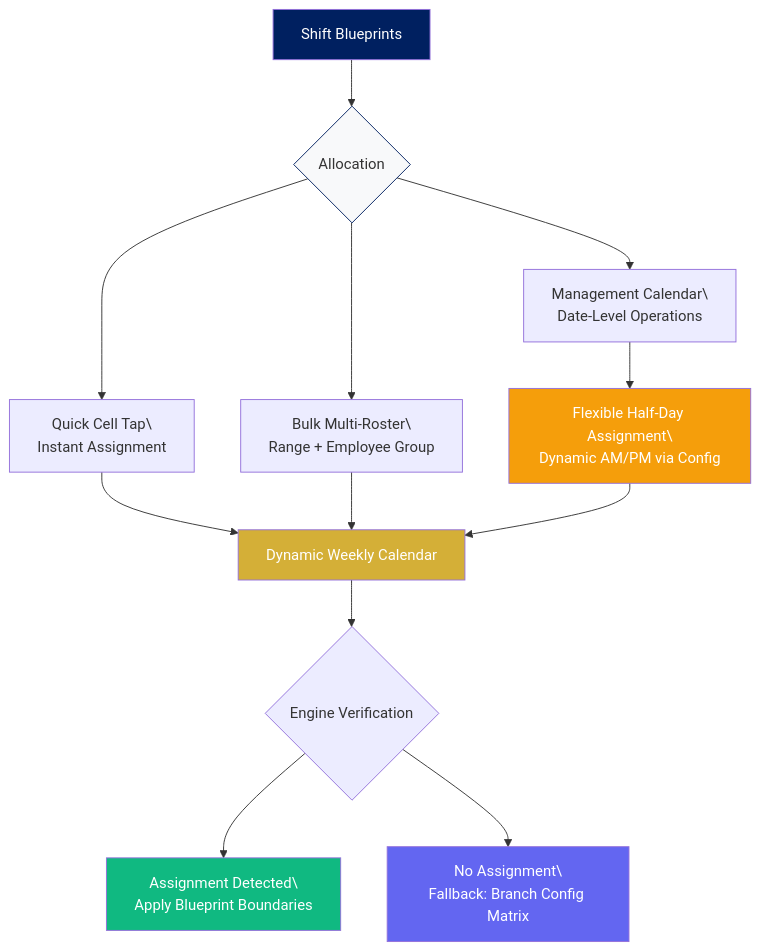
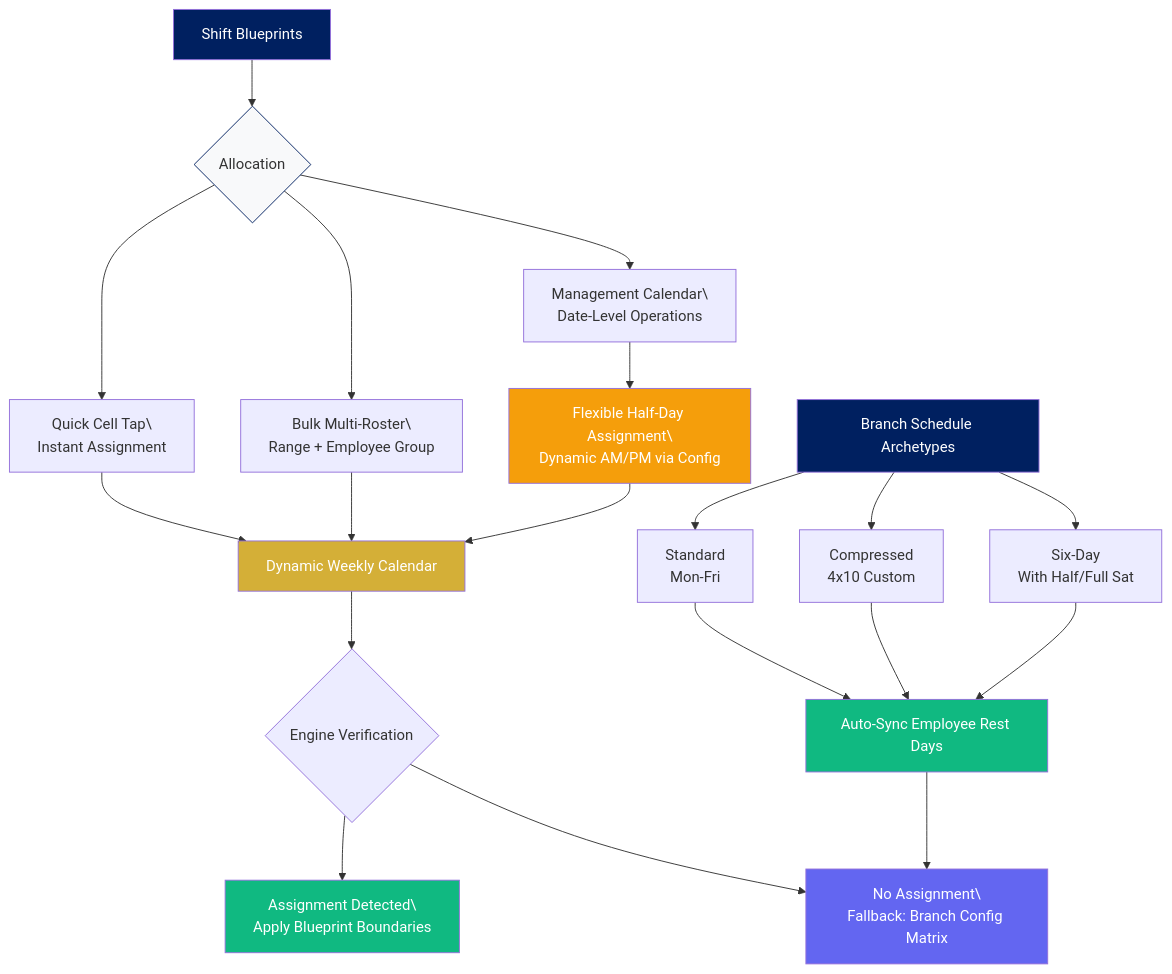
Before and after one commit to binssente-crypto/PAYROLL-DOCUMENTATION: the eighth of 16 diagrams in README.md, drawn with Mermaid. The commit also changed other lines of this file, not shown here.

````diff
--- a/README.md
+++ b/README.md
@@ -261,23 +261,35 @@
 ```mermaid
 flowchart TD
+    ARCH[Branch Schedule Archetypes] --> STD[Standard\nMon-Fri]
+    ARCH --> COMP[Compressed\n4x10 Custom]
+    ARCH --> SIX[Six-Day\nWith Half/Full Sat]
+    
+    STD --> SYNC[Auto-Sync Employee Rest Days]
+    COMP --> SYNC
+    SIX --> SYNC
+    
     SHIFT[Shift Blueprints] --> ASSIGN{Allocation}
     ASSIGN --> SINGLE[Quick Cell Tap\\nInstant Assignment]
     ASSIGN --> BULK[Bulk Multi-Roster\\nRange + Employee Group]
     ASSIGN --> MGMT[Management Calendar\\nDate-Level Operations]
     
     SINGLE --> ROSTER[Dynamic Weekly Calendar]
     BULK --> ROSTER
     MGMT --> HALF[Flexible Half-Day Assignment\\nDynamic AM/PM via Config]
     HALF --> ROSTER
     
     ROSTER --> ATT{Engine Verification}
     ATT --> HAS[Assignment Detected\\nApply Blueprint Boundaries]
     ATT --> NO[No Assignment\\nFallback: Branch Config Matrix]
+    
+    SYNC --> NO
 
+    style ARCH fill:#002060,color:#fff
     style SHIFT fill:#002060,color:#fff
     style ROSTER fill:#D4AF37,color:#fff
     style HALF fill:#f59e0b,color:#fff
     style HAS fill:#10b981,color:#fff
     style NO fill:#6366f1,color:#fff
+    style SYNC fill:#10b981,color:#fff
     style ASSIGN fill:#f8f9fa,stroke:#002060
 ```
````
